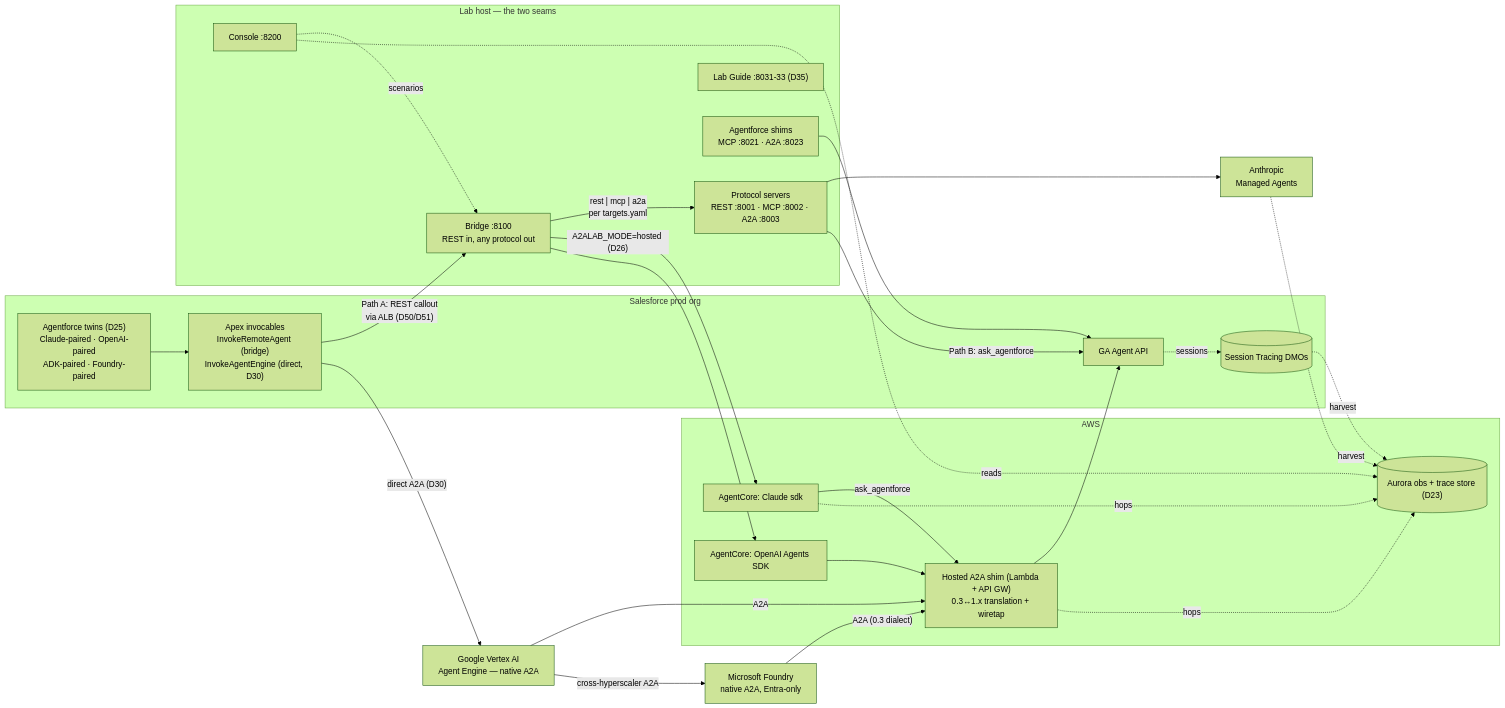
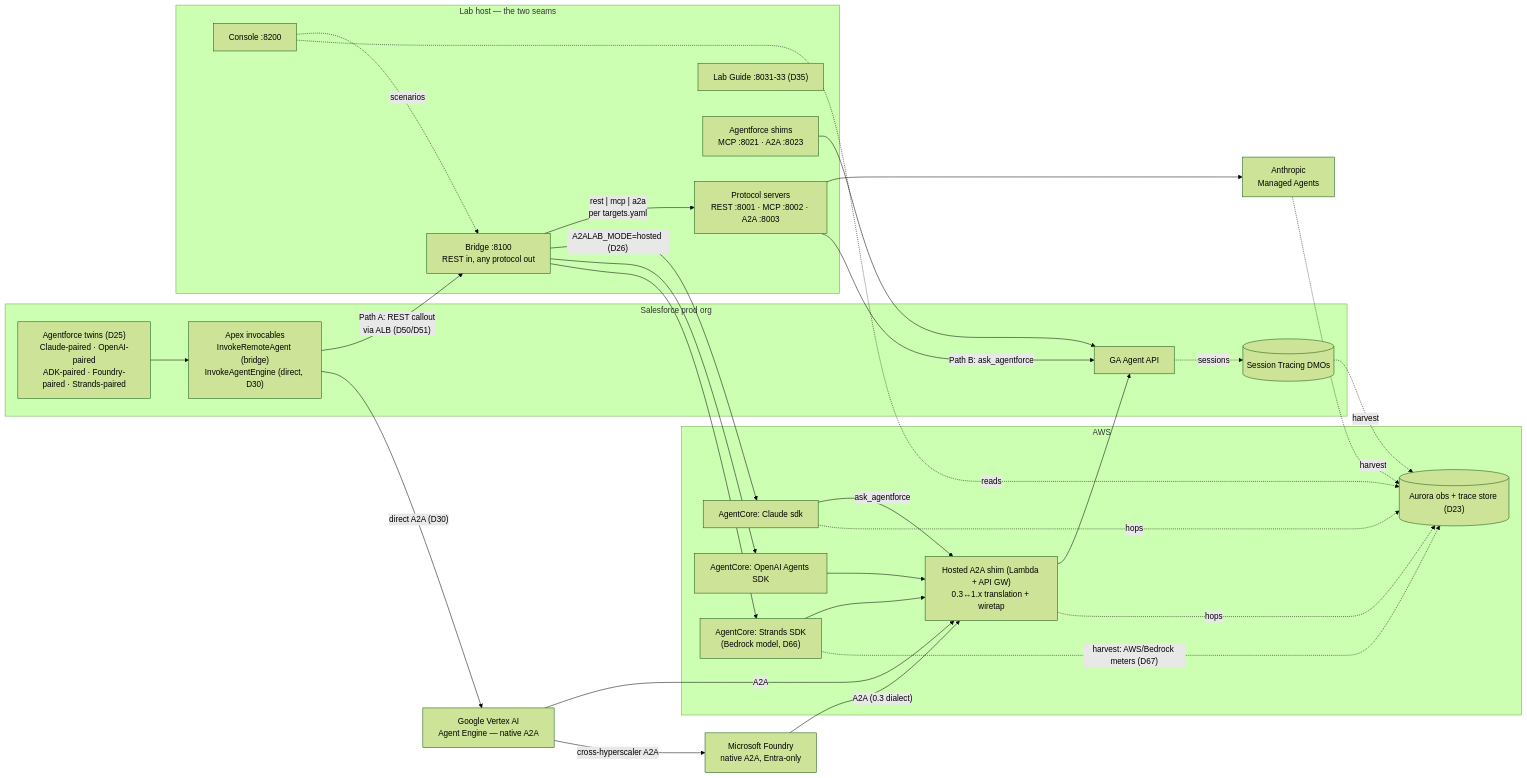
The second of 4 diagrams in README.md (congmingwudi/a2a-lab), drawn with Mermaid (forest theme) before and after one commit. The commit also changed other lines of this file and 27 other files, not shown here.

First line of the commit message:
Observe Strands through AWS meters; fix Kiro delta telemetry (D67)

````diff
--- a/README.md
+++ b/README.md
@@ -267,51 +268,55 @@
 ```mermaid
 flowchart LR
     subgraph sforg["Salesforce prod org"]
-        TWINS["Agentforce twins (D25)<br/>Claude-paired · OpenAI-paired<br/>ADK-paired · Foundry-paired"]
+        TWINS["Agentforce twins (D25)<br/>Claude-paired · OpenAI-paired<br/>ADK-paired · Foundry-paired · Strands-paired"]
         APEX["Apex invocables<br/>InvokeRemoteAgent (bridge)<br/>InvokeAgentEngine (direct, D30)"]
         AGENTAPI["GA Agent API"]
         STDM[("Session Tracing DMOs")]
         TWINS --> APEX
         AGENTAPI -. sessions .-> STDM
     end
 
     subgraph lab["Lab host — the two seams"]
         BR["Bridge :8100<br/>REST in, any protocol out"]
         SRV["Protocol servers<br/>REST :8001 · MCP :8002 · A2A :8003"]
         GUIDE["Lab Guide :8031-33 (D35)"]
         SHIMS["Agentforce shims<br/>MCP :8021 · A2A :8023"]
         CONSOLE["Console :8200"]
     end
 
     subgraph aws["AWS"]
         ACC["AgentCore: Claude sdk"]
         ACO["AgentCore: OpenAI Agents SDK"]
+        ACS["AgentCore: Strands SDK<br/>(Bedrock model, D66)"]
         HSHIM["Hosted A2A shim (Lambda + API GW)<br/>0.3↔1.x translation + wiretap"]
         OBSDB[("Aurora obs + trace store (D23)")]
     end
 
     CMA["Anthropic<br/>Managed Agents"]
     ADK["Google Vertex AI<br/>Agent Engine — native A2A"]
     FDY["Microsoft Foundry<br/>native A2A, Entra-only"]
 
     APEX -- "Path A: REST callout<br/>via ALB (D50/D51)" --> BR
     APEX -- "direct A2A (D30)" --> ADK
     BR -- "rest | mcp | a2a<br/>per targets.yaml" --> SRV
     BR -- "A2ALAB_MODE=hosted (D26)" --> ACC
     BR --> ACO
+    BR --> ACS
     SRV --> CMA
     SRV -- "Path B: ask_agentforce" --> AGENTAPI
     SHIMS --> AGENTAPI
     ACC -- ask_agentforce --> HSHIM
     ACO --> HSHIM
+    ACS --> HSHIM
     ADK -- A2A --> HSHIM
     FDY -- "A2A (0.3 dialect)" --> HSHIM
     ADK -- "cross-hyperscaler A2A" --> FDY
     HSHIM --> AGENTAPI
     CONSOLE -.scenarios.-> BR
     CONSOLE -.reads.-> OBSDB
     HSHIM -.hops.-> OBSDB
     ACC -.hops.-> OBSDB
     STDM -.harvest.-> OBSDB
     CMA -.harvest.-> OBSDB
+    ACS -. "harvest: AWS/Bedrock meters (D67)" .-> OBSDB
 ```
````
